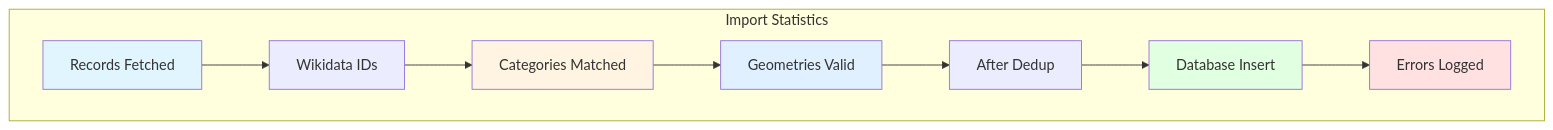
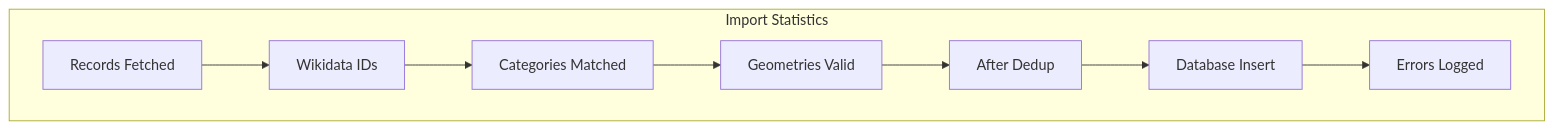
Before and after one commit to DaxServer/geocode-commons-categories: the ninth of 12 diagrams in docs/import/visual-overview.md, drawn with Mermaid. The commit also changed other lines of this file and 5 other files, not shown here.

````diff
--- a/docs/import/visual-overview.md
+++ b/docs/import/visual-overview.md
@@ -291,25 +262,20 @@
 ```mermaid
 graph TB
     subgraph "Import Statistics"
         M1[Records Fetched]
         M2[Wikidata IDs]
         M3[Categories Matched]
         M4[Geometries Valid]
         M5[After Dedup]
         M6[Database Insert]
         M7[Errors Logged]
     end
 
     M1 --> M2
     M2 --> M3
     M3 --> M4
     M4 --> M5
     M5 --> M6
     M6 --> M7
 
-    style M1 fill:#e1f5ff
-    style M3 fill:#fff4e1
-    style M4 fill:#e1f0ff
-    style M6 fill:#e1ffe1
-    style M7 fill:#ffe1e1
 ```
````
